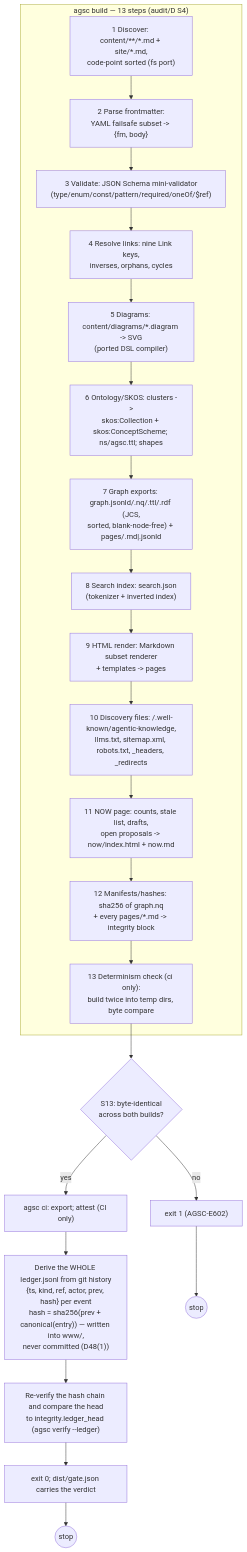
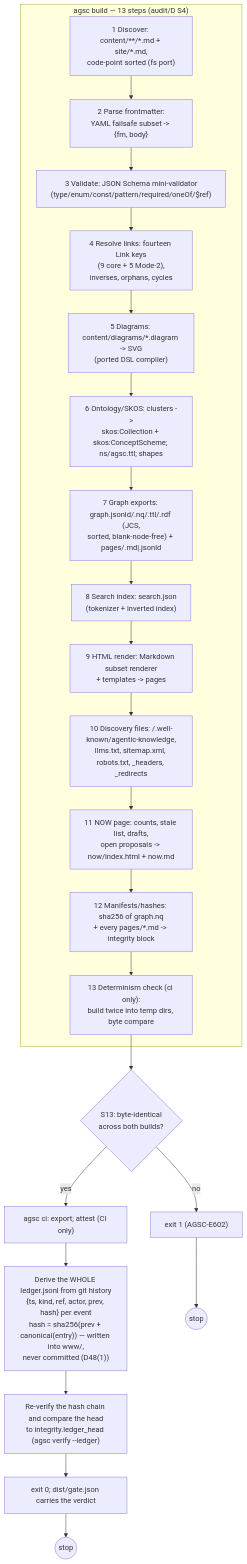
Before and after one commit to andreibesleaga/agentic-system-core: the diagram in docs/diagrams/algo-build-pipeline.md, drawn with Mermaid. The commit also changed 17 other files, not shown here.

````diff
--- a/docs/diagrams/algo-build-pipeline.md
+++ b/docs/diagrams/algo-build-pipeline.md
@@ -3,30 +3,30 @@
 ```mermaid
 flowchart TD
   subgraph BUILD["agsc build — 13 steps (audit/D S4)"]
     S1["1 Discover: content/**/*.md + site/*.md,\ncode-point sorted (fs port)"]
     S2["2 Parse frontmatter:\nYAML failsafe subset -> {fm, body}"]
     S3["3 Validate: JSON Schema mini-validator\n(type/enum/const/pattern/required/oneOf/$ref)"]
-    S4["4 Resolve links: nine Link keys,\ninverses, orphans, cycles"]
+    S4["4 Resolve links: fourteen Link keys\n(9 core + 5 Mode-2),\ninverses, orphans, cycles"]
     S5["5 Diagrams: content/diagrams/*.diagram -> SVG\n(ported DSL compiler)"]
     S6["6 Ontology/SKOS: clusters ->\nskos:Collection + skos:ConceptScheme; ns/agsc.ttl; shapes"]
     S7["7 Graph exports: graph.jsonld/.nq/.ttl/.rdf (JCS,\nsorted, blank-node-free) + pages/<slug>.md|.jsonld"]
     S8["8 Search index: search.json\n(tokenizer + inverted index)"]
     S9["9 HTML render: Markdown subset renderer\n+ templates -> pages"]
     S10["10 Discovery files: /.well-known/agentic-knowledge,\nllms.txt, sitemap.xml, robots.txt, _headers, _redirects"]
     S11["11 NOW page: counts, stale list, drafts,\nopen proposals -> now/index.html + now.md"]
     S12["12 Manifests/hashes: sha256 of graph.nq\n+ every pages/*.md -> integrity block"]
     S13["13 Determinism check (ci only):\nbuild twice into temp dirs, byte compare"]
     S1 --> S2 --> S3 --> S4 --> S5 --> S6 --> S7 --> S8 --> S9 --> S10 --> S11 --> S12 --> S13
   end
 
   DIFF{"S13: byte-identical\nacross both builds?"}
   S13 --> DIFF
   DIFF -- "no" --> FAIL1["exit 1 (AGSC-E602)"]
   DIFF -- "yes" --> EXPORT["agsc ci: export; attest (CI only)"]
   EXPORT --> LEDGER["Derive the WHOLE ledger.jsonl from git history\n{ts, kind, ref, actor, prev, hash} per event\nhash = sha256(prev + canonical(entry)) — written into www/,\nnever committed (D48(1))"]
   LEDGER --> REVERIFY["Re-verify the hash chain and compare the head\nto integrity.ledger_head (agsc verify --ledger)"]
   REVERIFY --> GATE["exit 0; dist/gate.json carries the verdict"]
 
   FAIL1 --> DONE1(("stop"))
   GATE --> DONE2(("stop"))
 ```
````
